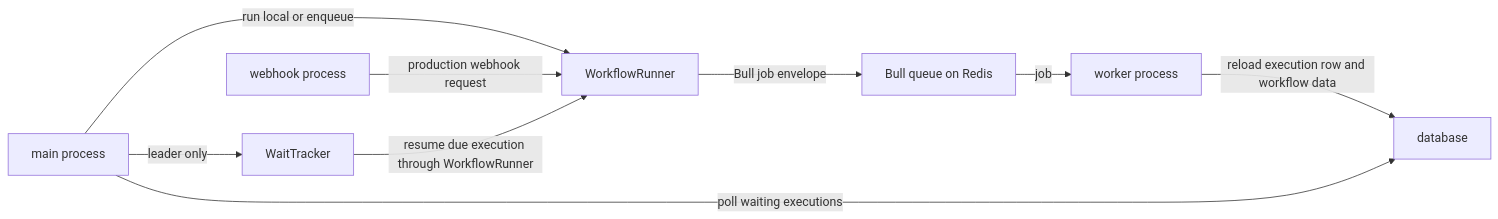
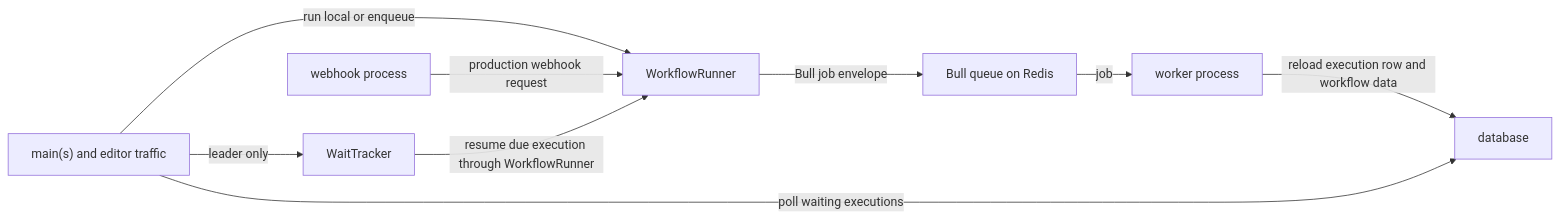
The diagram in 08-one-execution-many-processes.md (joels-sandgarden/n8n-docs), drawn with Mermaid before and after one commit.

````diff
--- a/08-one-execution-many-processes.md
+++ b/08-one-execution-many-processes.md
@@ -7,11 +7,11 @@
 ```mermaid
 flowchart LR
-  Main["main process"] -->|run local or enqueue| Runner["WorkflowRunner"]
+  Main["main(s) and editor traffic"] -->|run local or enqueue| Runner["WorkflowRunner"]
   Webhook["webhook process"] -->|production webhook request| Runner
   Runner -->|Bull job envelope| Queue["Bull queue on Redis"]
   Queue -->|job| Worker["worker process"]
   Worker -->|reload execution row and workflow data| DB["database"]
   Main -->|poll waiting executions| DB
   Main -->|leader only| WaitTracker["WaitTracker"]
   WaitTracker -->|resume due execution through WorkflowRunner| Runner
 ```
````
